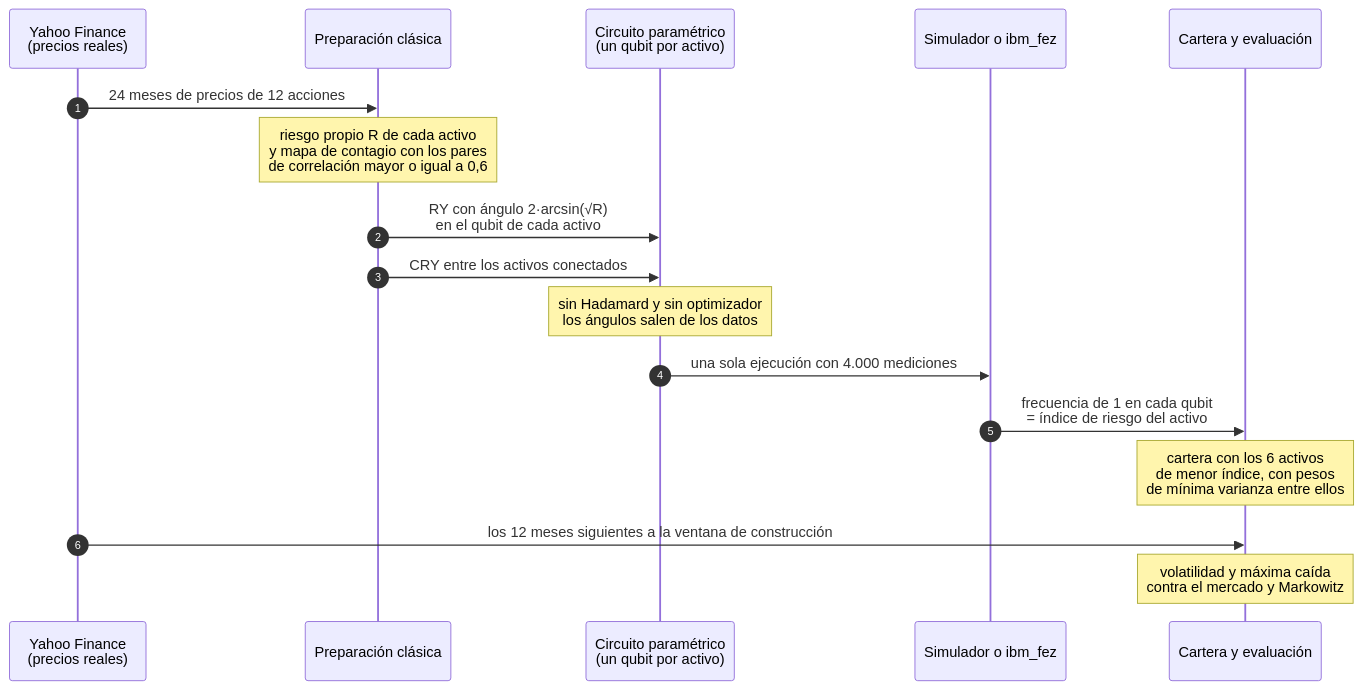
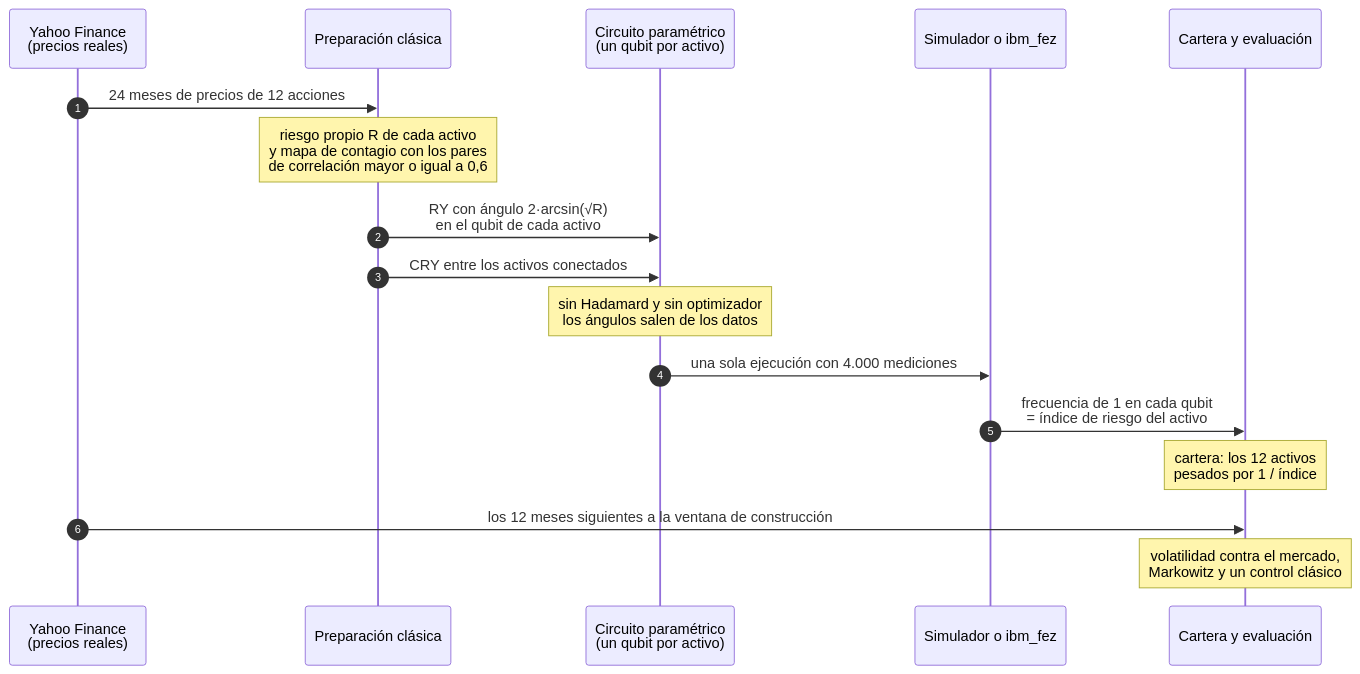
Before and after one commit to 314-ia/quantum-portfolio-risk: the diagram in README.md, drawn with Mermaid. The commit also changed other lines of this file and 9 other files, not shown here.

First line of the commit message:
Cartera sin corte: los 12 activos pesados por 1 / índice; se quita la máxima caída

````diff
--- a/README.md
+++ b/README.md
@@ -30,20 +30,20 @@
 ```mermaid
 sequenceDiagram
     autonumber
     participant Y as Yahoo Finance<br/>(precios reales)
     participant C as Preparación clásica
     participant Q as Circuito paramétrico<br/>(un qubit por activo)
     participant B as Simulador o ibm_fez
     participant E as Cartera y evaluación
 
     Y->>C: 24 meses de precios de 12 acciones
     Note over C: riesgo propio R de cada activo<br/>y mapa de contagio con los pares<br/>de correlación mayor o igual a 0,6
     C->>Q: RY con ángulo 2·arcsin(√R)<br/>en el qubit de cada activo
     C->>Q: CRY entre los activos conectados
     Note over Q: sin Hadamard y sin optimizador<br/>los ángulos salen de los datos
     Q->>B: una sola ejecución con 4.000 mediciones
     B->>E: frecuencia de 1 en cada qubit<br/>= índice de riesgo del activo
-    Note over E: cartera con los 6 activos<br/>de menor índice, con pesos<br/>de mínima varianza entre ellos
+    Note over E: cartera: los 12 activos<br/>pesados por 1 / índice
     Y->>E: los 12 meses siguientes a la ventana de construcción
-    Note over E: volatilidad y máxima caída<br/>contra el mercado y Markowitz
+    Note over E: volatilidad contra el mercado,<br/>Markowitz y un control clásico
 ```
````
